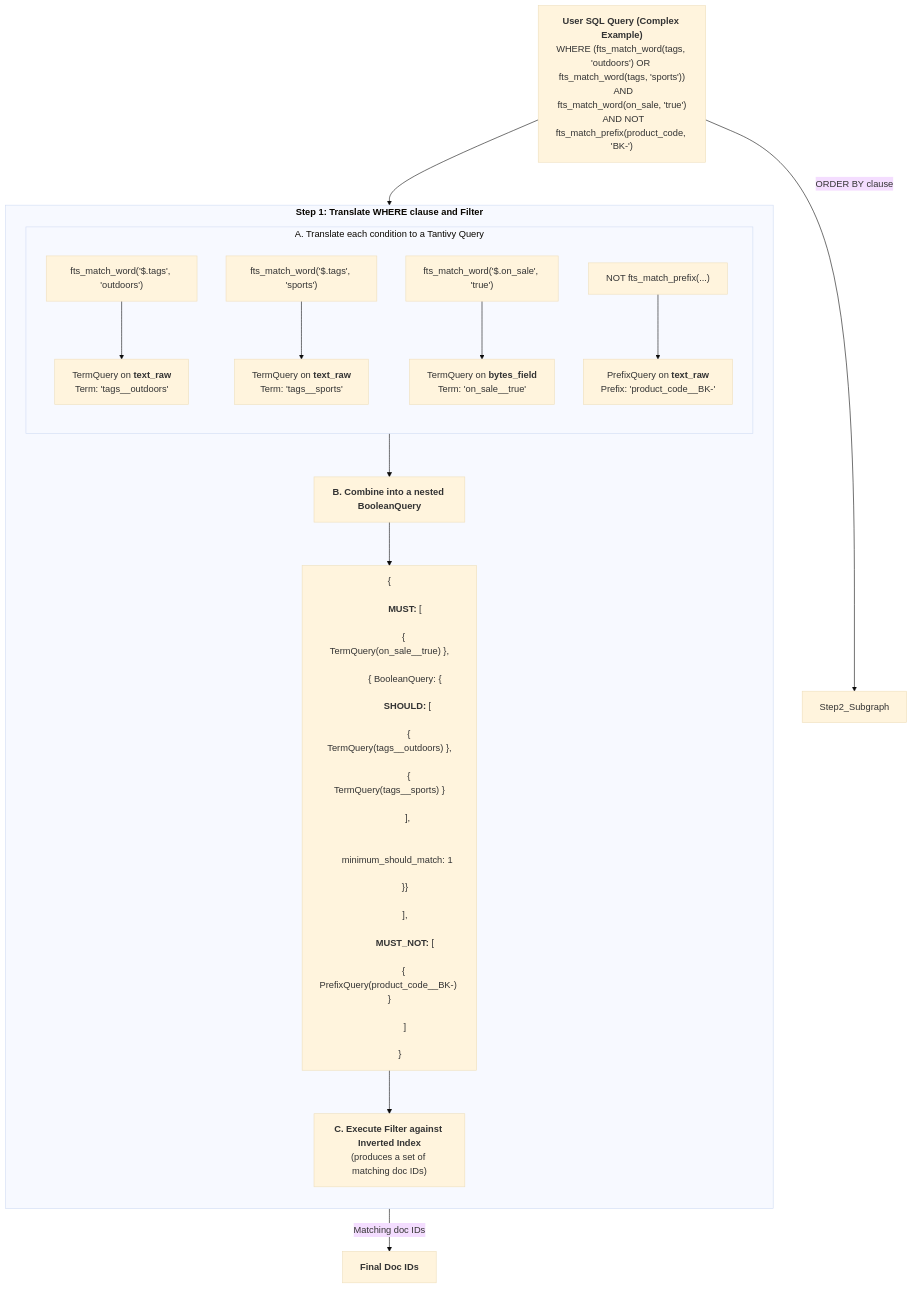
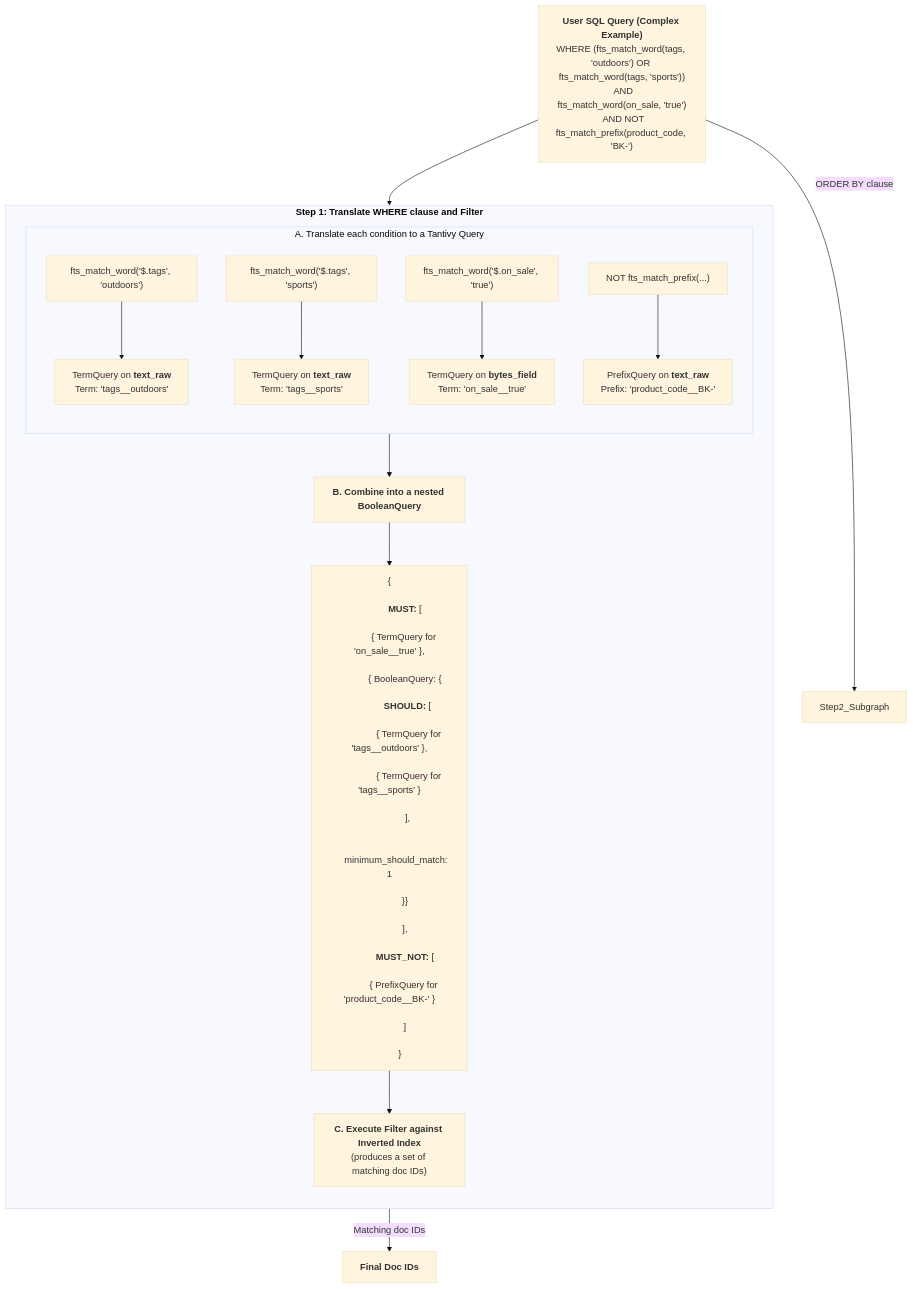
The second of 3 diagrams in TiCI_JSON_Support_Proposal.md (kolafish/tantivy), drawn with Mermaid (base theme) before and after one commit.

````diff
--- a/TiCI_JSON_Support_Proposal.md
+++ b/TiCI_JSON_Support_Proposal.md
@@ -193,43 +193,43 @@
 ```mermaid
 graph TD
     A["<b>User SQL Query (Complex Example)</b><br/>WHERE (fts_match_word(tags, 'outdoors') OR fts_match_word(tags, 'sports'))<br/>  AND fts_match_word(on_sale, 'true')<br/>  AND NOT fts_match_prefix(product_code, 'BK-')"]
 
     A --> Step1_Subgraph
     A -- "ORDER BY clause" --> Step2_Subgraph
 
     subgraph Step1_Subgraph ["<b>Step 1: Translate WHERE clause and Filter</b>"]
         direction TB
 
         subgraph Translate_Subgraph ["A. Translate each condition to a Tantivy Query"]
             direction TD
-            C["fts_match_word('$.tags', 'outdoors')"] --> C_Out["TermQuery on <b>text_raw</b><br/>Term: 'tags__outdoors'"]
-            D["fts_match_word('$.tags', 'sports')"] --> D_Out["TermQuery on <b>text_raw</b><br/>Term: 'tags__sports'"]
-            E["fts_match_word('$.on_sale', 'true')"] --> E_Out["TermQuery on <b>bytes_field</b><br/>Term: 'on_sale__true'"]
+            C["fts_match_word(&apos;$.tags&apos;, &apos;outdoors&apos;)"] --> C_Out["TermQuery on <b>text_raw</b><br/>Term: 'tags__outdoors'"]
+            D["fts_match_word(&apos;$.tags&apos;, &apos;sports&apos;)"] --> D_Out["TermQuery on <b>text_raw</b><br/>Term: 'tags__sports'"]
+            E["fts_match_word(&apos;$.on_sale&apos;, &apos;true&apos;)"] --> E_Out["TermQuery on <b>bytes_field</b><br/>Term: 'on_sale__true'"]
             F["NOT fts_match_prefix(...)"] --> F_Out["PrefixQuery on <b>text_raw</b><br/>Prefix: 'product_code__BK-'"]
         end
 
         Translate_Subgraph --> G["<b>B. Combine into a nested BooleanQuery</b>"]
         
         G --> H["
         {<br/>
           &nbsp;&nbsp;<b>MUST:</b> [<br/>
-        &nbsp;&nbsp;&nbsp;&nbsp;{ TermQuery(on_sale__true) },<br/>
+        &nbsp;&nbsp;&nbsp;&nbsp;{ TermQuery for &apos;on_sale__true&apos; },<br/>
         &nbsp;&nbsp;&nbsp;&nbsp;{ BooleanQuery: {<br/>
         &nbsp;&nbsp;&nbsp;&nbsp;&nbsp;&nbsp;<b>SHOULD:</b> [<br/>
-        &nbsp;&nbsp;&nbsp;&nbsp;&nbsp;&nbsp;&nbsp;&nbsp;{ TermQuery(tags__outdoors) },<br/>
-        &nbsp;&nbsp;&nbsp;&nbsp;&nbsp;&nbsp;&nbsp;&nbsp;{ TermQuery(tags__sports) }<br/>
+        &nbsp;&nbsp;&nbsp;&nbsp;&nbsp;&nbsp;&nbsp;&nbsp;{ TermQuery for &apos;tags__outdoors&apos; },<br/>
+        &nbsp;&nbsp;&nbsp;&nbsp;&nbsp;&nbsp;&nbsp;&nbsp;{ TermQuery for &apos;tags__sports&apos; }<br/>
         &nbsp;&nbsp;&nbsp;&nbsp;&nbsp;&nbsp;],<br/>
         &nbsp;&nbsp;&nbsp;&nbsp;&nbsp;&nbsp;minimum_should_match: 1<br/>
         &nbsp;&nbsp;&nbsp;&nbsp;}}<br/>
           &nbsp;&nbsp;],<br/>
           &nbsp;&nbsp;<b>MUST_NOT:</b> [<br/>
-        &nbsp;&nbsp;&nbsp;&nbsp;{ PrefixQuery(product_code__BK-) }<br/>
+        &nbsp;&nbsp;&nbsp;&nbsp;{ PrefixQuery for &apos;product_code__BK-&apos; }<br/>
           &nbsp;&nbsp;]<br/>
         }
         "]
         
         H --> I["<b>C. Execute Filter against Inverted Index</b><br/>(produces a set of matching doc IDs)"]
     end
 
     I -- "Matching doc IDs" --> J["<B>Final Doc IDs</B>"]
 ```
````
